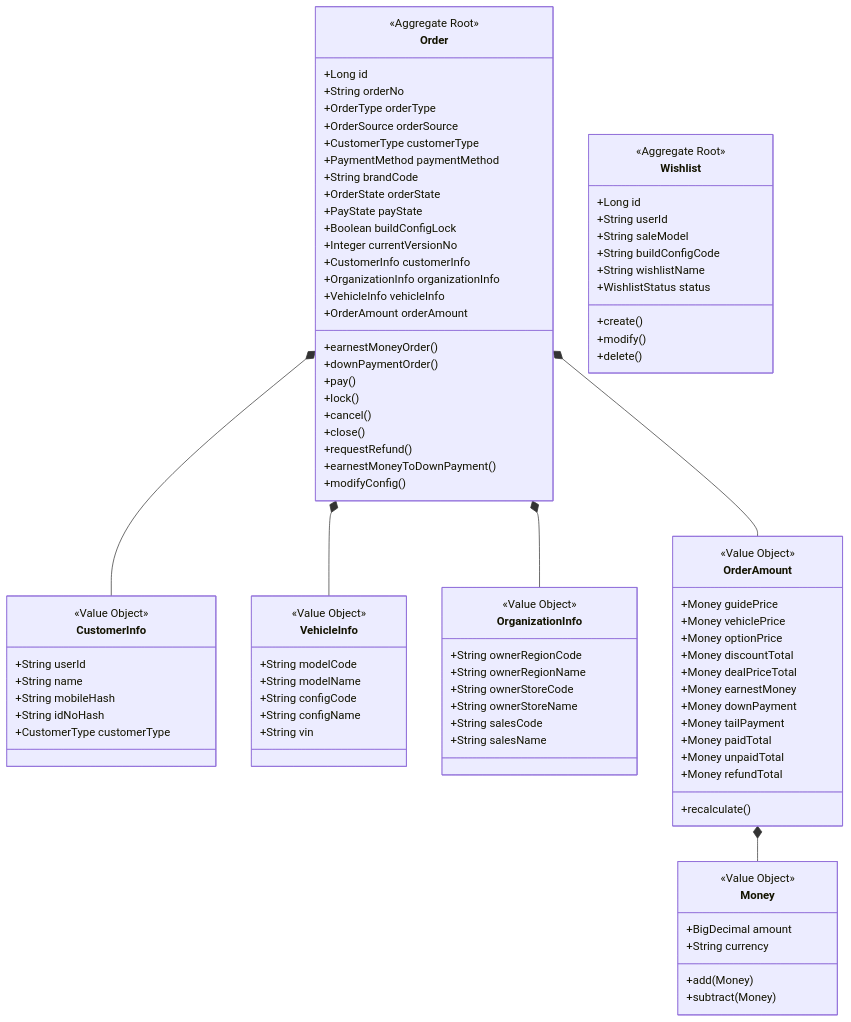
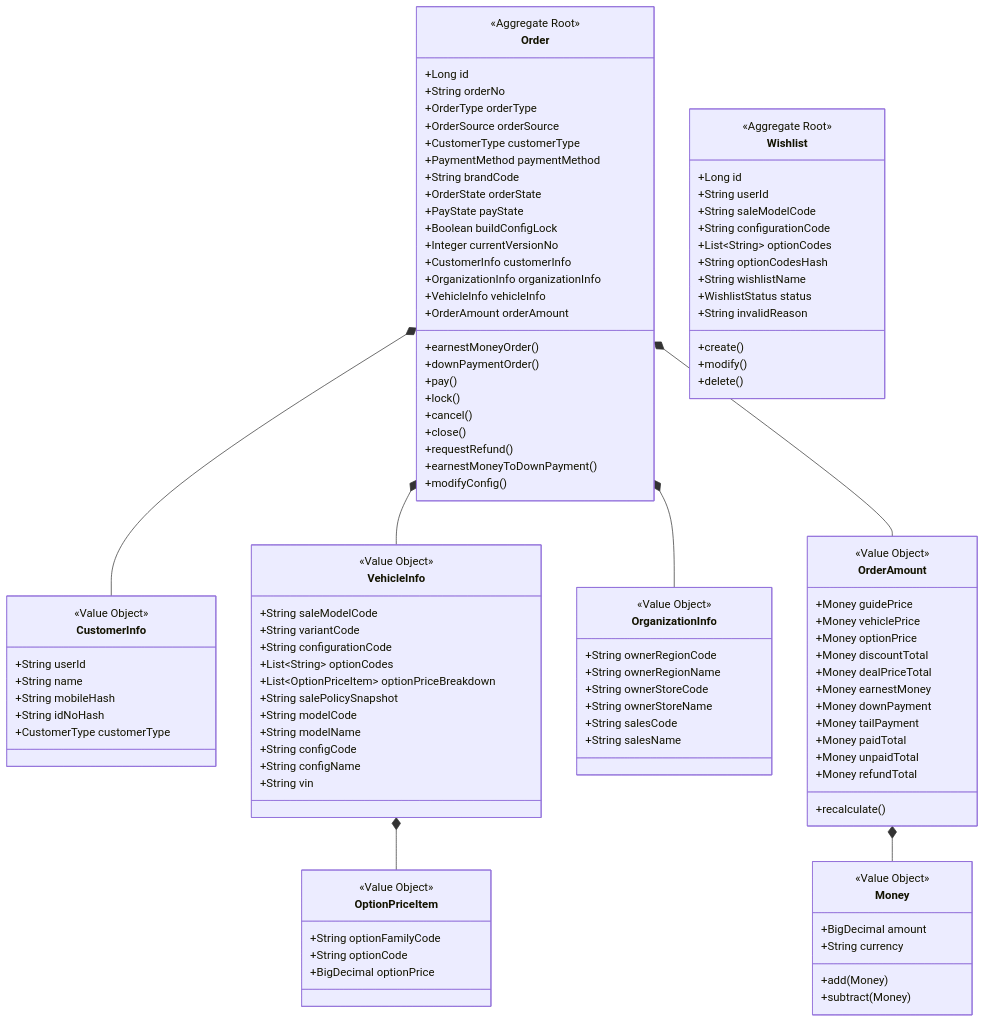
One commit to hwyzleo/iov-cloud-otd-vso changed the second of 26 diagrams in specs/vehicle-sale-order/design.md. Above: the diagram before and after it, drawn with Mermaid. The commit also changed other lines of this file and 11 other files, not shown here.

First line of the commit message:
CR-010: 修改领域模型 - Wishlist 和 VehicleInfo

```diff
--- a/specs/vehicle-sale-order/design.md
+++ b/specs/vehicle-sale-order/design.md
@@ -140,10 +143,13 @@
         <<Aggregate Root>>
         +Long id
         +String userId
-        +String saleModel
-        +String buildConfigCode
+        +String saleModelCode
+        +String configurationCode
+        +List~String~ optionCodes
+        +String optionCodesHash
         +String wishlistName
         +WishlistStatus status
+        +String invalidReason
         +create()
         +modify()
         +delete()
@@ -168,12 +174,27 @@
 
     class VehicleInfo {
         <<Value Object>>
+        +String saleModelCode
+        +String variantCode
+        +String configurationCode
+        +List~String~ optionCodes
+        +List~OptionPriceItem~ optionPriceBreakdown
+        +String salePolicySnapshot
         +String modelCode
         +String modelName
         +String configCode
         +String configName
         +String vin
     }
+
+    class OptionPriceItem {
+        <<Value Object>>
+        +String optionFamilyCode
+        +String optionCode
+        +BigDecimal optionPrice
+    }
+
+    VehicleInfo *-- OptionPriceItem
 
     class OrganizationInfo {
         <<Value Object>>
```
